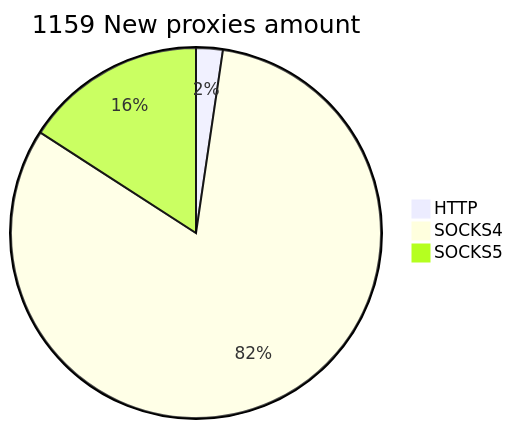
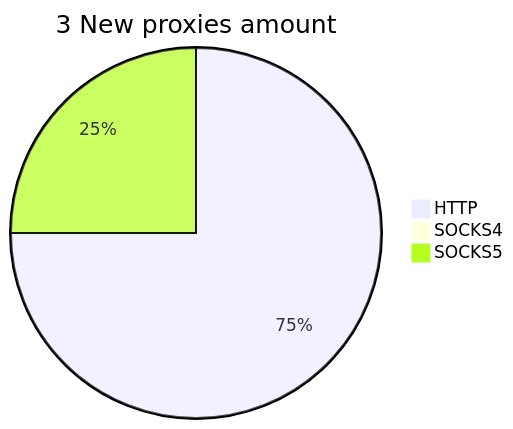
The second of 2 diagrams in README.md (cutipu/proxylist), drawn with Mermaid before and after one commit. The commit also changed other lines of this file, not shown here.

````diff
--- a/README.md
+++ b/README.md
@@ -10,6 +10,6 @@
 ```mermaid
-pie title 1159 New proxies amount
-    "HTTP" : 27
-    "SOCKS4" : 948
-    "SOCKS5" : 184
+pie title 3 New proxies amount
+    "HTTP" : 3
+    "SOCKS4" : 0
+    "SOCKS5" : 1
 ```
````
